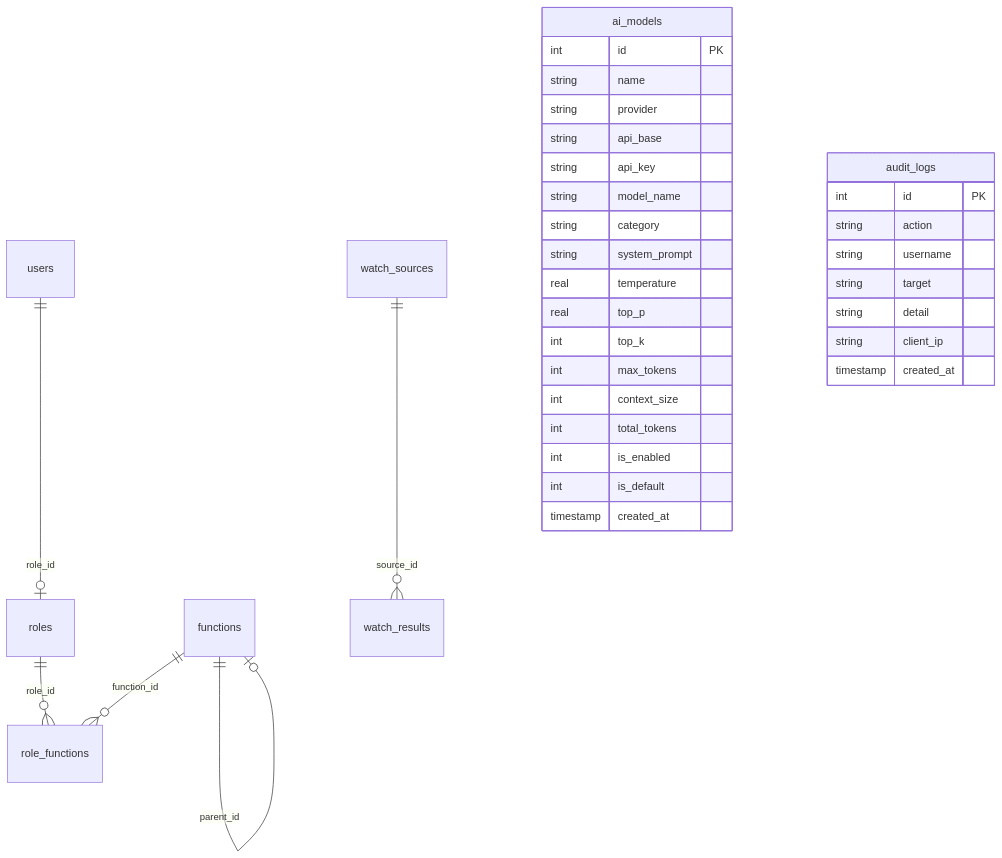
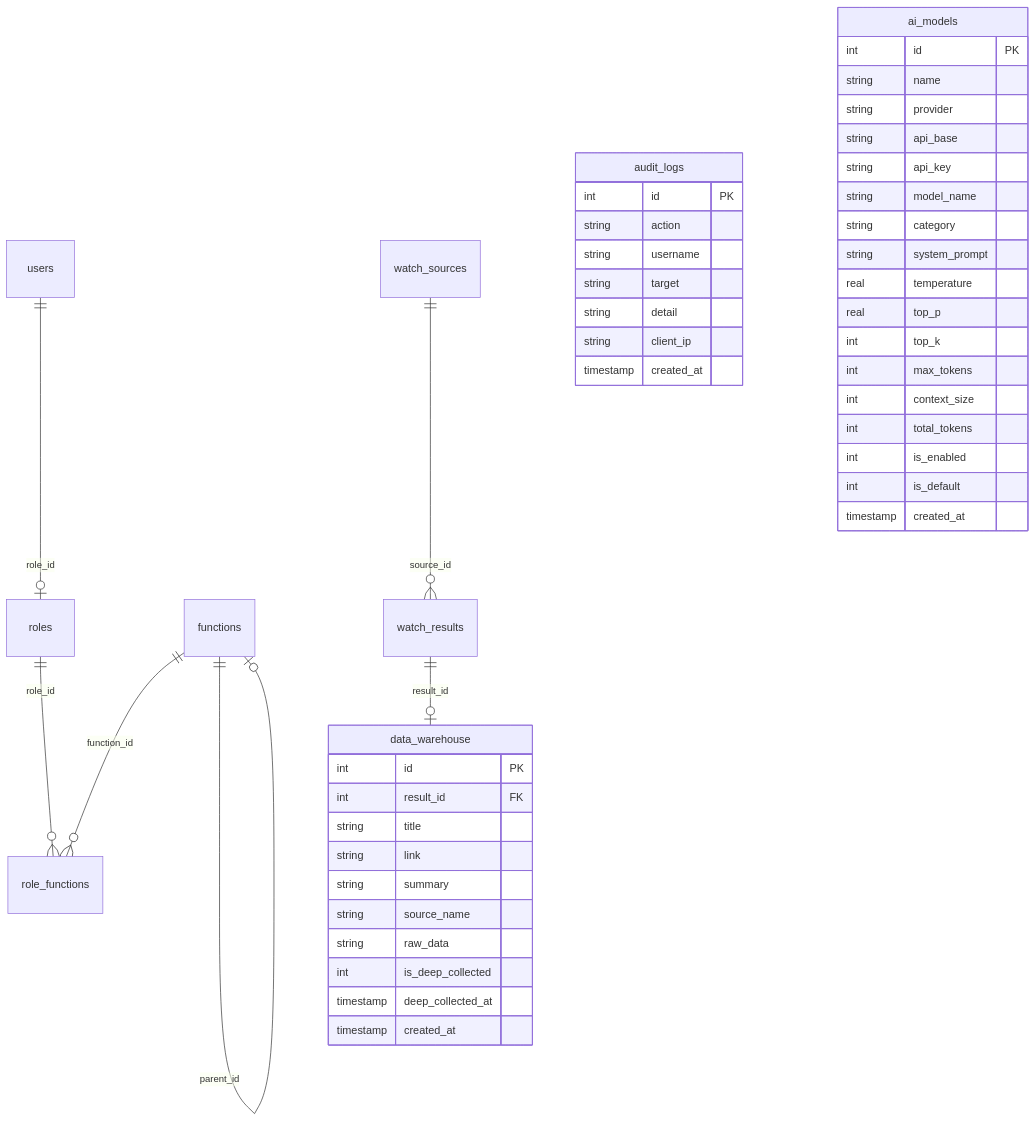
One commit to GoldenFish123321/finderos changed the diagram in README.md. Above: the diagram before and after it, drawn with Mermaid. The commit also changed other lines of this file, not shown here.

````diff
--- a/README.md
+++ b/README.md
@@ -591,36 +846,49 @@
 ```mermaid
 erDiagram
     users ||--o| roles : "role_id"
     roles ||--o{ role_functions : "role_id"
     functions ||--o{ role_functions : "function_id"
     functions ||--o| functions : "parent_id"
     watch_sources ||--o{ watch_results : "source_id"
+    watch_results ||--o| data_warehouse : "result_id"
+    audit_logs {
+        int id PK
+        string action
+        string username
+        string target
+        string detail
+        string client_ip
+        timestamp created_at
+    }
     ai_models {
         int id PK
         string name
         string provider
         string api_base
         string api_key
         string model_name
         string category
         string system_prompt
         real temperature
         real top_p
         int top_k
         int max_tokens
         int context_size
         int total_tokens
         int is_enabled
         int is_default
         timestamp created_at
     }
-    audit_logs {
+    data_warehouse {
         int id PK
-        string action
-        string username
-        string target
-        string detail
-        string client_ip
+        int result_id FK
+        string title
+        string link
+        string summary
+        string source_name
+        string raw_data
+        int is_deep_collected
+        timestamp deep_collected_at
         timestamp created_at
     }
 ```
````
